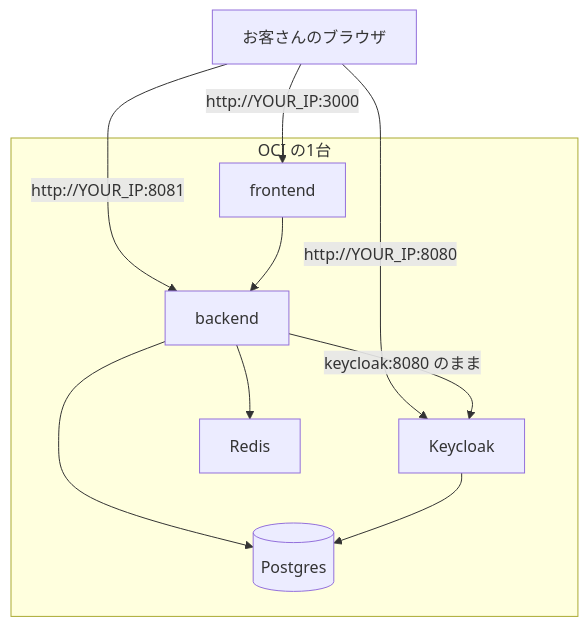
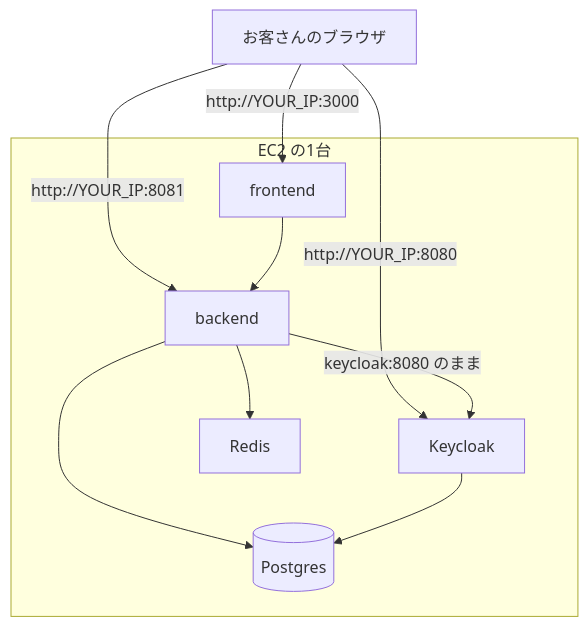
The second of 4 diagrams in docs/qa/deploy-oci.md (muscat2356/LiveQA-app), drawn with Mermaid before and after one commit. The commit also changed other lines of this file and 14 other files, not shown here.

````diff
--- a/docs/qa/deploy-oci.md
+++ b/docs/qa/deploy-oci.md
@@ -108,14 +166,14 @@
 ```mermaid
 flowchart TB
   B["お客さんのブラウザ"]
   B -->|"http://YOUR_IP:3000"| F[frontend]
   B -->|"http://YOUR_IP:8081"| S[backend]
   B -->|"http://YOUR_IP:8080"| K[Keycloak]
-  subgraph vm["OCI の1台"]
+  subgraph vm["EC2 の1台"]
     F --> S
     S -->|"keycloak:8080 のまま"| K
     S --> R[Redis]
     S --> P[(Postgres)]
     K --> P
   end
 ```
````
